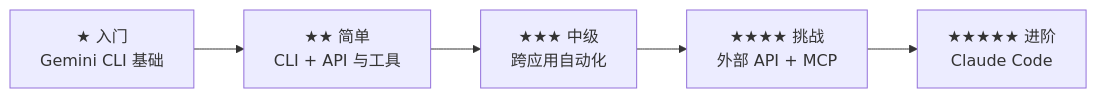
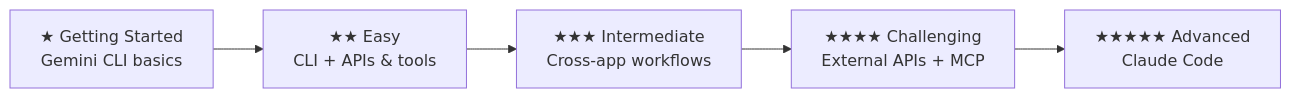
Before and after one commit to ChanMeng666/ai-programming-teaching-project: the diagram in versioned_docs/version-2026-her-waka/tutorial/index.mdx, drawn with Mermaid. The commit also changed other lines of this file and 472 other files, not shown here.

````diff
--- a/versioned_docs/version-2026-her-waka/tutorial/index.mdx
+++ b/versioned_docs/version-2026-her-waka/tutorial/index.mdx
@@ -119,7 +119,7 @@
 ```mermaid
 flowchart LR
-    A["★ 入门\nGemini CLI 基础"] --> B["★★ 简单\nCLI + API 与工具"]
-    B --> C["★★★ 中级\n跨应用自动化"]
-    C --> D["★★★★ 挑战\n外部 API + MCP"]
-    D --> E["★★★★★ 进阶\nClaude Code"]
+    A["★ Getting Started\nGemini CLI basics"] --> B["★★ Easy\nCLI + APIs & tools"]
+    B --> C["★★★ Intermediate\nCross-app workflows"]
+    C --> D["★★★★ Challenging\nExternal APIs + MCP"]
+    D --> E["★★★★★ Advanced\nClaude Code"]
 ```
````
